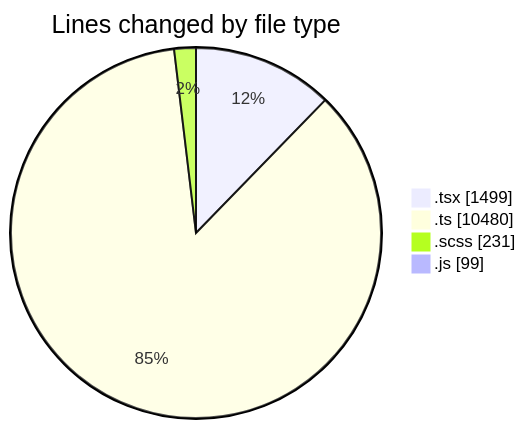
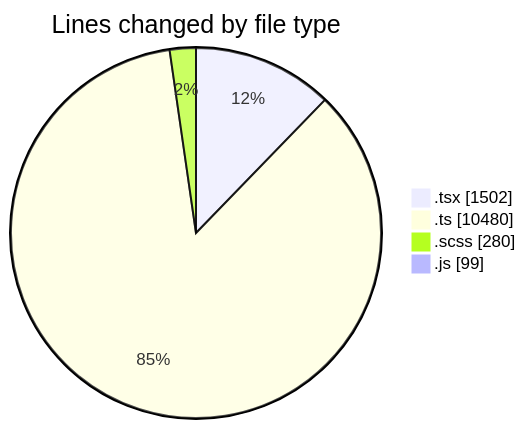
Before and after one commit to momahboobian/code-tracking: the first of 2 diagrams in 2025-03-26/cda/README.md, drawn with Mermaid. The commit also changed other lines of this file and 1 other file, not shown here.

````diff
--- a/2025-03-26/cda/README.md
+++ b/2025-03-26/cda/README.md
@@ -44,8 +44,8 @@
 ```mermaid
 pie showData
 title Lines changed by file type
-".tsx" : 1499
+".tsx" : 1502
 ".ts" : 10480
-".scss" : 231
+".scss" : 280
 ".js" : 99
 ```
````
